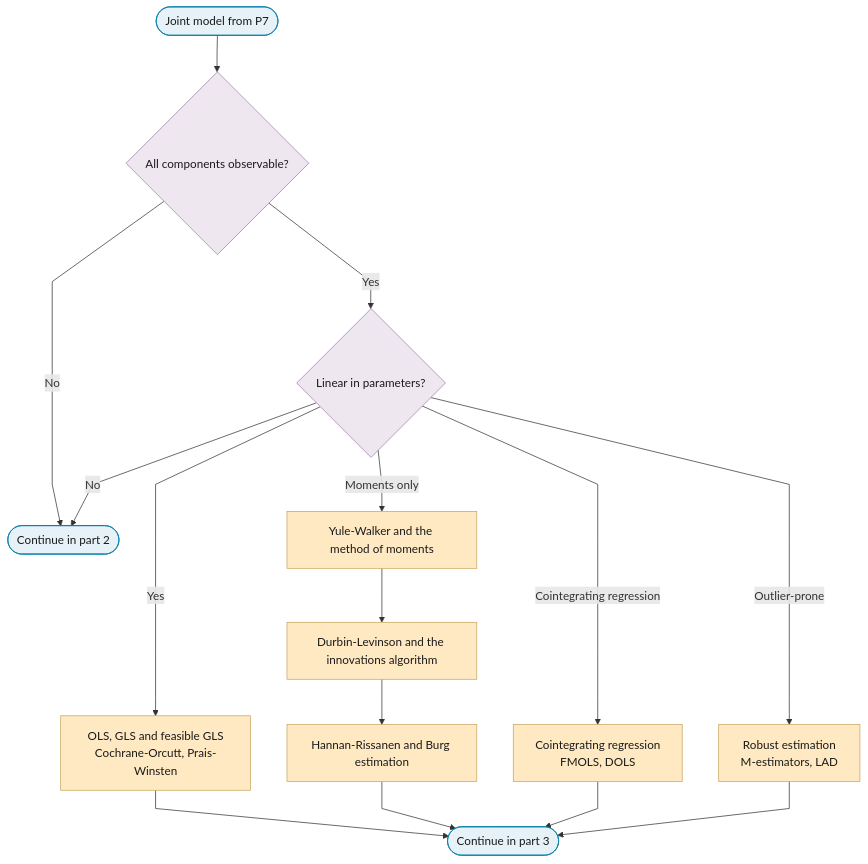
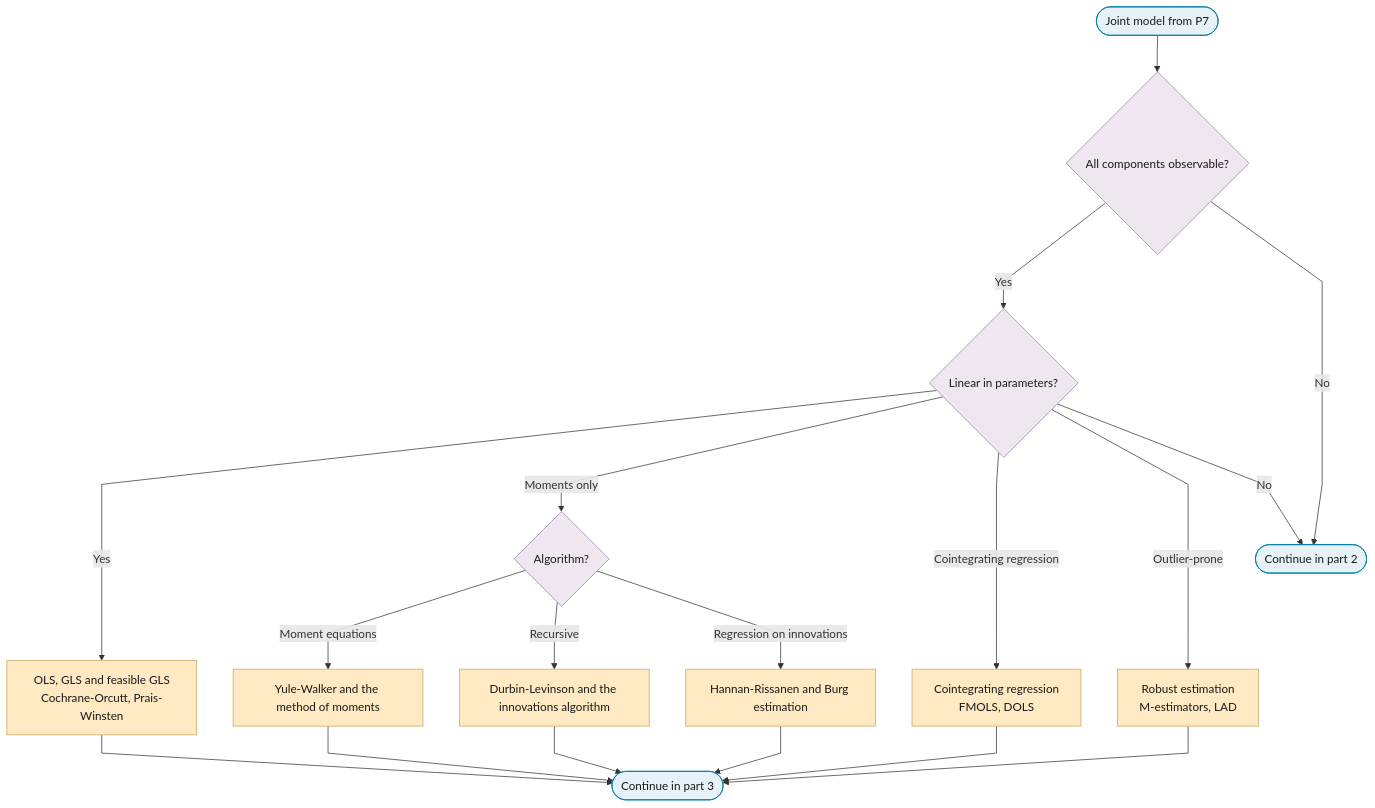
One commit to Shuxin-Y/time-series-analysis-manual changed the first of 3 diagrams in docs/01-workflow/p08-estimation.md. Above: the diagram before and after it, drawn with Mermaid. The commit also changed 8 other files, not shown here.

First line of the commit message:
fix(flowchart): alternatives are fan-outs, dependencies are chains

````diff
--- a/docs/01-workflow/p08-estimation.md
+++ b/docs/01-workflow/p08-estimation.md
@@ -11,26 +11,29 @@
 ```mermaid
 %%{init: {"flowchart": {"curve": "linear"}}}%%
 graph TD
     P8_IN(["Joint model from P7"]) --> P8_OBSERVABLE{"All components observable?"}
     P8_OBSERVABLE -->|"Yes"| P8_LINEAR{"Linear in parameters?"}
     P8_OBSERVABLE -->|"No"| P8_TO_PART_2(["Continue in part 2"])
     P8_LINEAR -->|"Yes"| P8_OLS_GLS["OLS, GLS and feasible GLS<br/>Cochrane-Orcutt, Prais-Winsten"]
-    P8_LINEAR -->|"Moments only"| P8_YULE_WALKER["Yule-Walker and the method of moments"]
+    P8_LINEAR -->|"Moments only"| P8_MOMENTS{"Algorithm?"}
+    P8_MOMENTS -->|"Moment equations"| P8_YULE_WALKER["Yule-Walker and the method of moments"]
+    P8_MOMENTS -->|"Recursive"| P8_DURBIN_LEVINSON["Durbin-Levinson and the innovations algorithm"]
+    P8_MOMENTS -->|"Regression on innovations"| P8_HANNAN_RISSANEN["Hannan-Rissanen and Burg estimation"]
     P8_LINEAR -->|"Cointegrating regression"| P8_FMOLS_DOLS["Cointegrating regression<br/>FMOLS, DOLS"]
     P8_LINEAR -->|"Outlier-prone"| P8_ROBUST["Robust estimation<br/>M-estimators, LAD"]
     P8_LINEAR -->|"No"| P8_TO_PART_2
-    P8_YULE_WALKER --> P8_DURBIN_LEVINSON["Durbin-Levinson and the innovations algorithm"]
-    P8_DURBIN_LEVINSON --> P8_HANNAN_RISSANEN["Hannan-Rissanen and Burg estimation"]
+    P8_YULE_WALKER & P8_DURBIN_LEVINSON --> P8_LINEAR_TO_PART_3
     P8_OLS_GLS & P8_HANNAN_RISSANEN & P8_FMOLS_DOLS & P8_ROBUST --> P8_LINEAR_TO_PART_3(["Continue in part 3"])
     class P8_IN,P8_TO_PART_2,P8_LINEAR_TO_PART_3 terminator
     class P8_OBSERVABLE,P8_LINEAR decision
     class P8_OLS_GLS,P8_YULE_WALKER,P8_DURBIN_LEVINSON,P8_HANNAN_RISSANEN,P8_FMOLS_DOLS,P8_ROBUST escalate
+    class P8_MOMENTS decision
     classDef terminator fill:#E6F2F7,stroke:#007BA7,color:#1A1A1A;
     classDef process fill:#FFFFFF,stroke:#5A6B73,color:#1A1A1A;
     classDef decision fill:#EFE7F0,stroke:#9B7FA7,color:#1A1A1A;
     classDef data fill:#FFF4E0,stroke:#C9A55E,color:#1A1A1A;
     classDef good fill:#DCEFD8,stroke:#4A7A3F,color:#1A1A1A;
     classDef escalate fill:#FFE9C2,stroke:#C9A55E,color:#1A1A1A;
     classDef problem fill:#F2D9DE,stroke:#800020,color:#1A1A1A;
     classDef ref fill:#F7F7F7,stroke:#5A6B73,color:#1A1A1A,stroke-dasharray:4 3;
 ```
````
